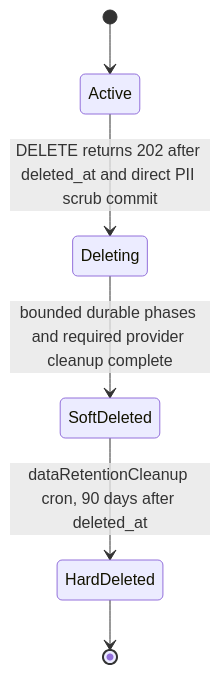
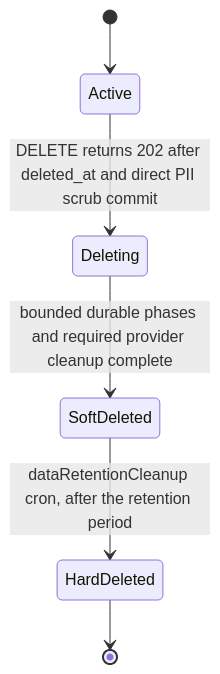
Before and after one commit to vouchington/vouchington: the diagram in docs/requirements/users/ACCOUNT-DELETION-DATA-REQUEST.md, drawn with Mermaid. The commit also changed other lines of this file and 714 other files, not shown here.

````diff
--- a/docs/requirements/users/ACCOUNT-DELETION-DATA-REQUEST.md
+++ b/docs/requirements/users/ACCOUNT-DELETION-DATA-REQUEST.md
@@ -28,8 +28,8 @@
 ```mermaid
 stateDiagram-v2
     [*] --> Active
     Active --> Deleting: DELETE returns 202 after deleted_at and direct PII scrub commit
     Deleting --> SoftDeleted: bounded durable phases and required provider cleanup complete
-    SoftDeleted --> HardDeleted: dataRetentionCleanup cron, 90 days after deleted_at
+    SoftDeleted --> HardDeleted: dataRetentionCleanup cron, after the retention period
     HardDeleted --> [*]
 ```
````
